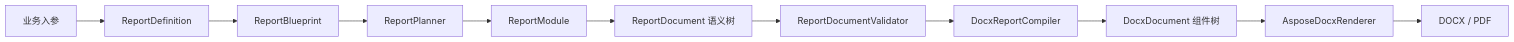
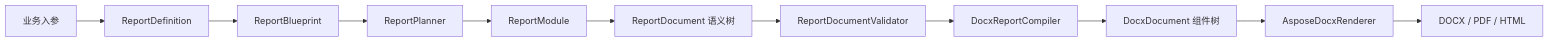
The second of 2 diagrams in README.md (shuaijiangya/omni-office), drawn with Mermaid before and after one commit. The commit also changed other lines of this file and 207 other files, not shown here.

````diff
--- a/README.md
+++ b/README.md
@@ -61,13 +102,13 @@
 ```mermaid
 flowchart LR
     A[业务入参] --> B[ReportDefinition]
     B --> C[ReportBlueprint]
     C --> D[ReportPlanner]
     D --> E[ReportModule]
     E --> F[ReportDocument 语义树]
     F --> G[ReportDocumentValidator]
     G --> H[DocxReportCompiler]
     H --> I[DocxDocument 组件树]
     I --> J[AsposeDocxRenderer]
-    J --> K[DOCX / PDF]
+    J --> K[DOCX / PDF / HTML]
 ```
````
